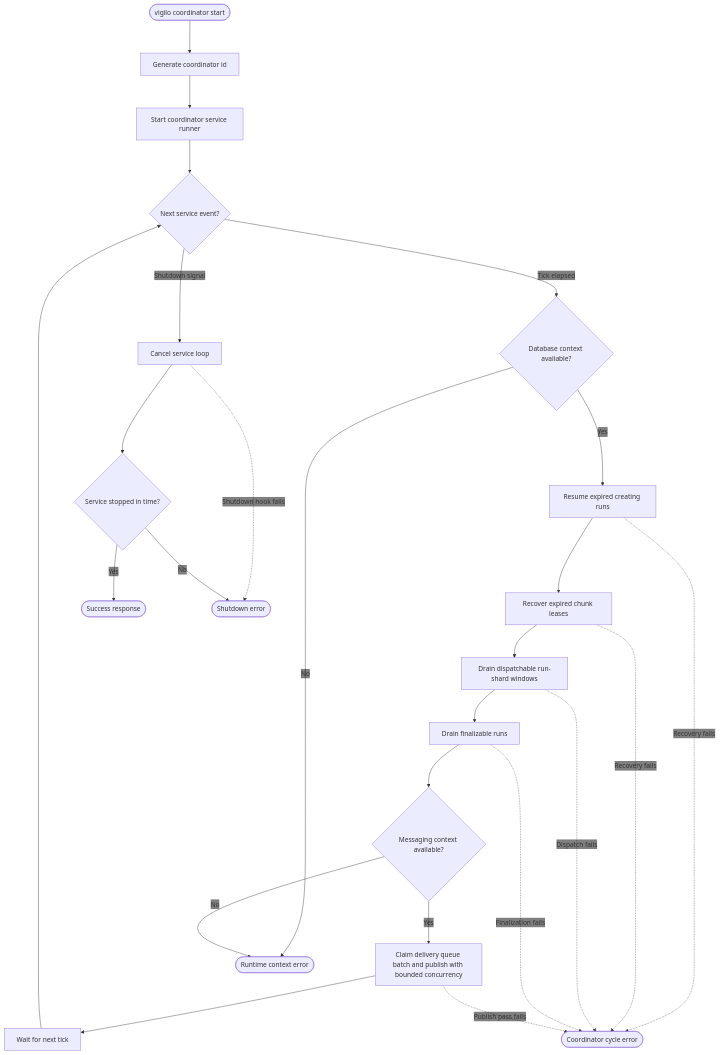
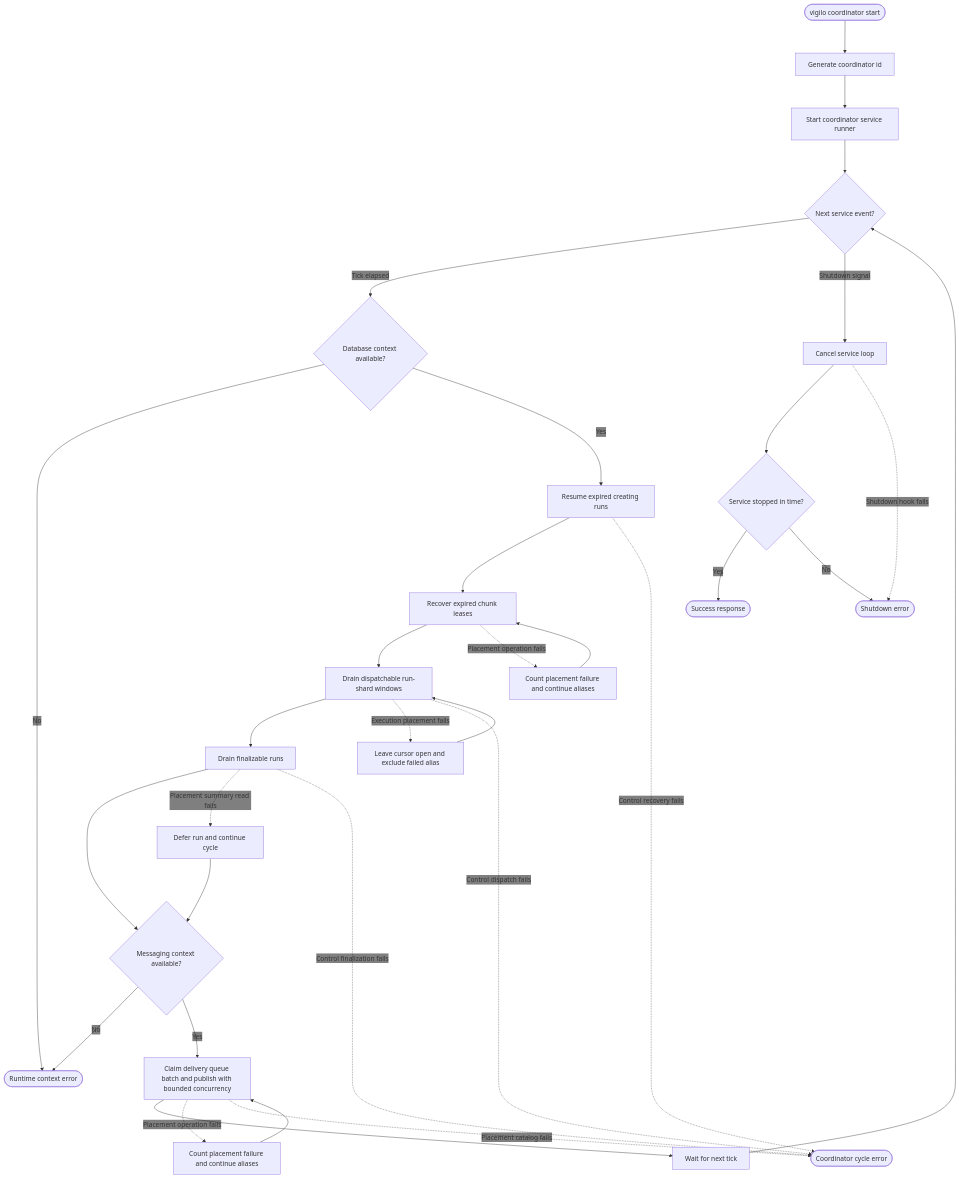
One commit to gregl83/agent-vigilo changed the diagram in web/docs/architecture/flows/coordinator/start/decision-flow.mmd. Above: the diagram before and after it, drawn with Mermaid. The commit also changed 10 other files, not shown here.

```diff
--- a/web/docs/architecture/flows/coordinator/start/decision-flow.mmd
+++ b/web/docs/architecture/flows/coordinator/start/decision-flow.mmd
@@ -1,71 +1,82 @@
 ---
 config:
   flowchart:
     nodeSpacing: 150
     rankSpacing: 80
   themeVariables:
     edgeLabelBackground: 'transparent'
 ---
 flowchart TD
     Start([vigilo coordinator start])
 
     CoordinatorId[Generate coordinator id]
     Runner[Start coordinator service runner]
     Event{Next service event?}
     Database{Database context available?}
     RecoverCreation[Resume expired creating runs]
     Recover[Recover expired chunk leases]
+    RecoveryIsolated[Count placement failure and continue aliases]
     Dispatch[Drain dispatchable run-shard windows]
+    DispatchIsolated[Leave cursor open and exclude failed alias]
     Finalize[Drain finalizable runs]
+    FinalizeIsolated[Defer run and continue cycle]
     Messaging{Messaging context available?}
     Outbox[Claim delivery queue batch and publish with bounded concurrency]
+    OutboxIsolated[Count placement failure and continue aliases]
     Wait[Wait for next tick]
     Shutdown[Cancel service loop]
     Stop{Service stopped in time?}
 
     Success([Success response])
 
     ContextFail([Runtime context error])
     CycleFail([Coordinator cycle error])
     ShutdownFail([Shutdown error])
 
     Start --> CoordinatorId
     CoordinatorId --> Runner
     Runner --> Event
 
     Event -- Tick elapsed --> Database
     Event -- Shutdown signal --> Shutdown
 
     Database -- No --> ContextFail
     Database -- Yes --> RecoverCreation
 
     RecoverCreation --> Recover
-    RecoverCreation -. Recovery fails .-> CycleFail
+    RecoverCreation -. Control recovery fails .-> CycleFail
 
     Recover --> Dispatch
-    Recover -. Recovery fails .-> CycleFail
+    Recover -. Placement operation fails .-> RecoveryIsolated
+    RecoveryIsolated --> Recover
 
     Dispatch --> Finalize
-    Dispatch -. Dispatch fails .-> CycleFail
+    Dispatch -. Execution placement fails .-> DispatchIsolated
+    Dispatch -. Control dispatch fails .-> CycleFail
+    DispatchIsolated --> Dispatch
 
     Finalize --> Messaging
-    Finalize -. Finalization fails .-> CycleFail
+    Finalize -. Placement summary read fails .-> FinalizeIsolated
+    Finalize -. Control finalization fails .-> CycleFail
+    FinalizeIsolated --> Messaging
 
     Messaging -- No --> ContextFail
     Messaging -- Yes --> Outbox
 
     Outbox --> Wait
-    Outbox -. Publish pass fails .-> CycleFail
+    Outbox -. Placement operation fails .-> OutboxIsolated
+    Outbox -. Placement catalog fails .-> CycleFail
+    OutboxIsolated --> Outbox
 
     Wait --> Event
 
     Shutdown --> Stop
     Shutdown -. Shutdown hook fails .-> ShutdownFail
 
     Stop -- Yes --> Success
     Stop -- No --> ShutdownFail
 
     class Start command
     class Success success
-    class CoordinatorId,Runner,Event,Database,RecoverCreation,Recover,Dispatch,Finalize,Messaging,Outbox,Wait,Shutdown,Stop system
+    class CoordinatorId,Runner,Event,Database,RecoverCreation,Recover,RecoveryIsolated,Dispatch,DispatchIsolated,Finalize,FinalizeIsolated,Messaging,Outbox,OutboxIsolated,Wait,Shutdown,Stop system
     class ContextFail,CycleFail,ShutdownFail error
```
